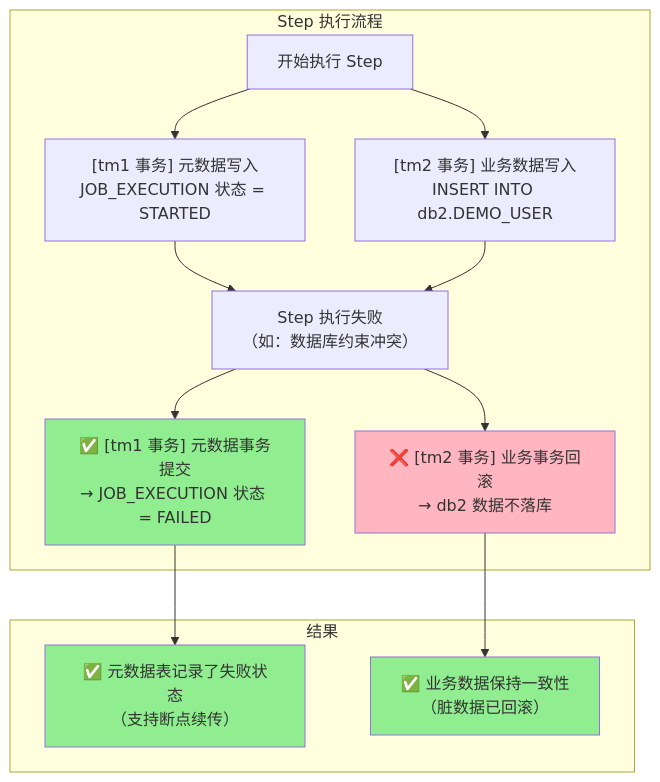
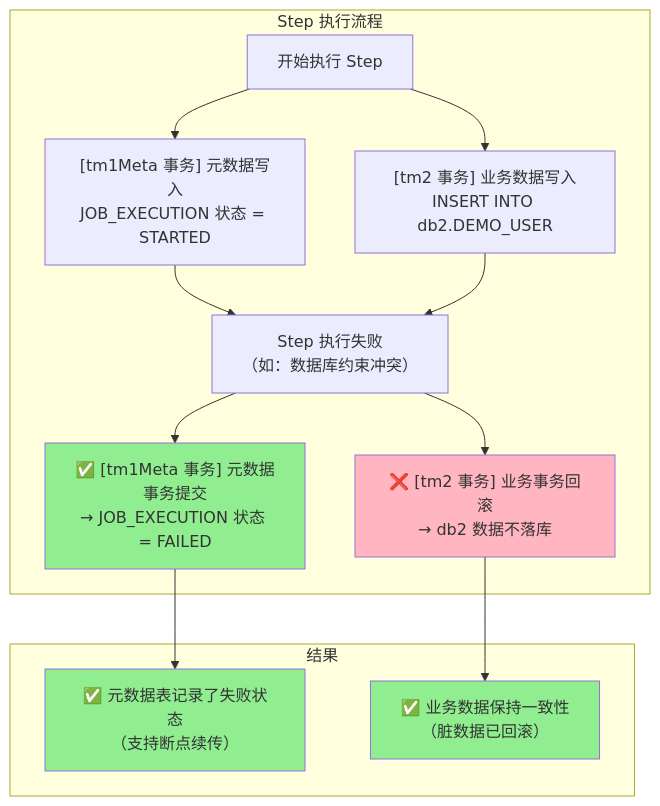
Before and after one commit to SEVENTEEN-TAN/BatchWeaver: the second of 2 diagrams in docs/多数据源.md, drawn with Mermaid. The commit also changed other lines of this file and 6 other files, not shown here.

````diff
--- a/docs/多数据源.md
+++ b/docs/多数据源.md
@@ -47,33 +47,33 @@
 ```mermaid
 flowchart TB
     subgraph Execution["Step 执行流程"]
         START["开始执行 Step"]
-        META_WRITE["[tm1 事务] 元数据写入<br/>JOB_EXECUTION 状态 = STARTED"]
+        META_WRITE["[tm1Meta 事务] 元数据写入<br/>JOB_EXECUTION 状态 = STARTED"]
         DATA_WRITE["[tm2 事务] 业务数据写入<br/>INSERT INTO db2.DEMO_USER"]
         FAIL["Step 执行失败<br/>（如：数据库约束冲突）"]
 
         START --> META_WRITE
         START --> DATA_WRITE
         META_WRITE --> FAIL
         DATA_WRITE --> FAIL
 
         TM2_ROLLBACK["❌ [tm2 事务] 业务事务回滚<br/>→ db2 数据不落库"]
-        TM1_COMMIT["✅ [tm1 事务] 元数据事务提交<br/>→ JOB_EXECUTION 状态 = FAILED"]
+        TM1_COMMIT["✅ [tm1Meta 事务] 元数据事务提交<br/>→ JOB_EXECUTION 状态 = FAILED"]
 
         FAIL --> TM2_ROLLBACK
         FAIL --> TM1_COMMIT
     end
 
     subgraph Result["结果"]
         R1["✅ 元数据表记录了失败状态<br/>（支持断点续传）"]
         R2["✅ 业务数据保持一致性<br/>（脏数据已回滚）"]
     end
 
     TM1_COMMIT --> R1
     TM2_ROLLBACK --> R2
 
     style TM2_ROLLBACK fill:#FFB6C1
     style TM1_COMMIT fill:#90EE90
     style R1 fill:#90EE90
     style R2 fill:#90EE90
 ```
````
